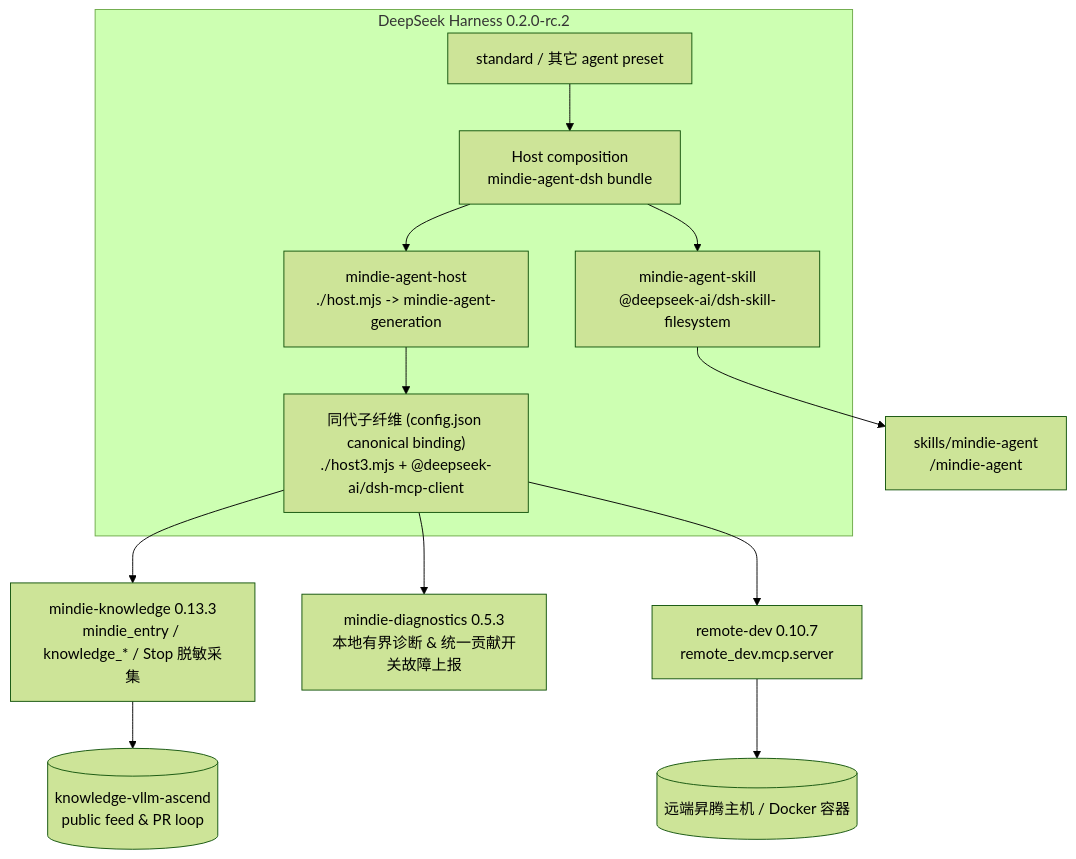
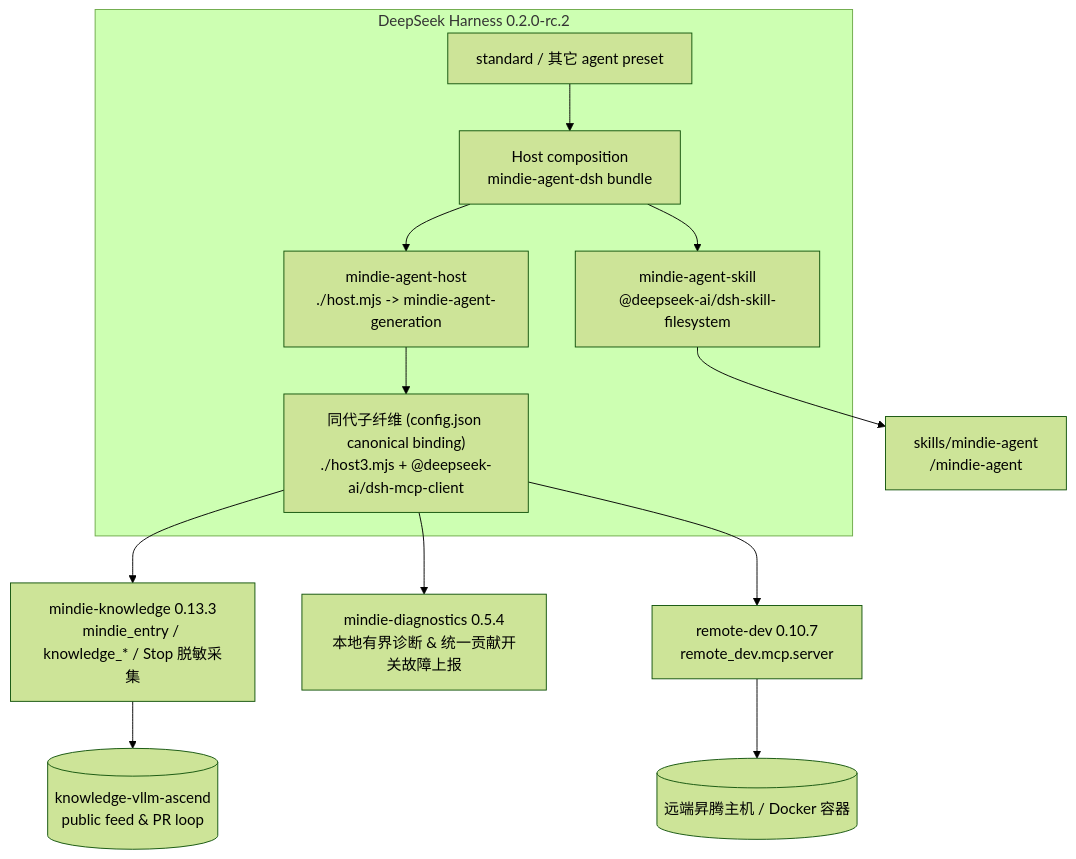
Before and after one commit to mindie-agent/mindie-agent-dsh: the diagram in README.md, drawn with Mermaid (forest theme). The commit also changed other lines of this file and 9 other files, not shown here.

````diff
--- a/README.md
+++ b/README.md
@@ -200,20 +200,20 @@
 ```mermaid
 flowchart TB
   subgraph DSH["DeepSeek Harness 0.2.0-rc.2"]
     HOST["Host composition<br/>mindie-agent-dsh bundle"]
     STD["standard / 其它 agent preset"]
     SKILL["mindie-agent-skill<br/>@deepseek-ai/dsh-skill-filesystem"]
     HPLUG["mindie-agent-host<br/>./host.mjs -> mindie-agent-generation"]
     GEN["同代子纤维 (config.json canonical binding)<br/>./host3.mjs + @deepseek-ai/dsh-mcp-client"]
     STD --> HOST
     HOST --> SKILL
     HOST --> HPLUG
     HPLUG --> GEN
   end
   SKILL --> SK["skills/mindie-agent<br/>/mindie-agent"]
   GEN --> KS["mindie-knowledge 0.13.3<br/>mindie_entry / knowledge_* / Stop 脱敏采集"]
-  GEN --> DIAG["mindie-diagnostics 0.5.3<br/>本地有界诊断 & 统一贡献开关故障上报"]
+  GEN --> DIAG["mindie-diagnostics 0.5.4<br/>本地有界诊断 & 统一贡献开关故障上报"]
   KS --> FEED[("knowledge-vllm-ascend<br/>public feed & PR loop")]
   GEN --> RD["remote-dev 0.10.7<br/>remote_dev.mcp.server"]
   RD --> NPU[("远端昇腾主机 / Docker 容器")]
 ```
````
